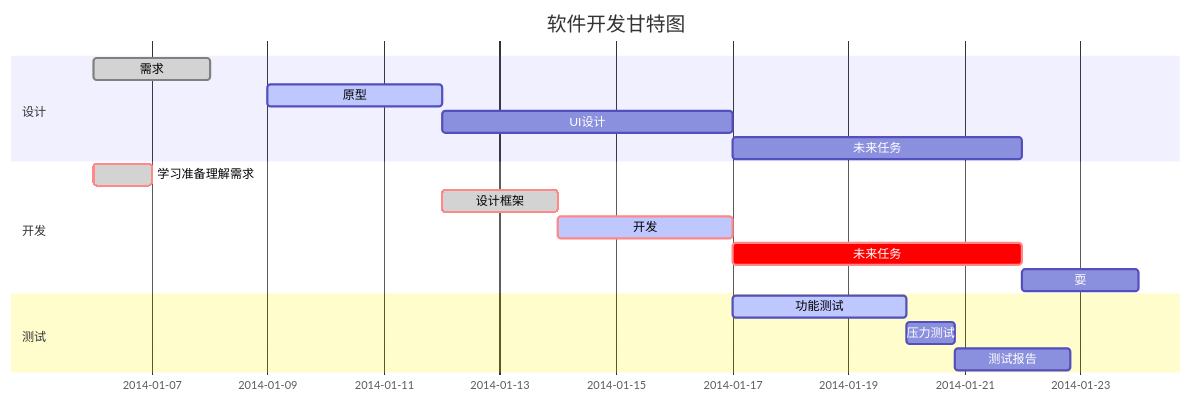
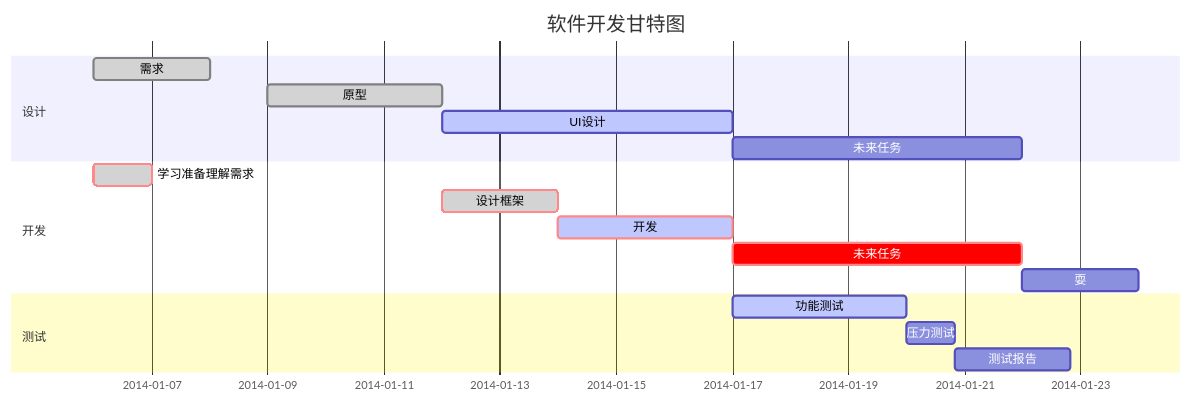
The third of 3 diagrams in markdown.md (chen810/study-code), drawn with Mermaid before and after one commit. The commit also changed other lines of this file, not shown here.

Commit message:
mk modify

````diff
--- a/markdown.md
+++ b/markdown.md
@@ -204,20 +204,20 @@
 ```mermaid
         gantt
         dateFormat  YYYY-MM-DD
         title 软件开发甘特图
         section 设计
-        需求                      :done,    des1, 2014-01-06,2014-01-08
-        原型                      :active,  des2, 2014-01-09, 3d
-        UI设计                     :         des3, after des2, 5d
-    未来任务                     :         des4, after des3, 5d
+        需求         :done,     des1,   2014-01-06,2014-01-08
+        原型         :done,     des2,   2014-01-09, 3d
+        UI设计       :active,   des3,   after des2, 5d
+        未来任务      :         des4,   after des3, 5d
         section 开发
-        学习准备理解需求                      :crit, done, 2014-01-06,24h
-        设计框架                             :crit, done, after des2, 2d
-        开发                                 :crit, active, 3d
-        未来任务                              :crit, 5d
-        耍                                   :2d
+        学习准备理解需求    :crit, done, 2014-01-06,24h
+        设计框架           :crit, done, after des2, 2d
+        开发               :crit, active, 3d
+        未来任务           :crit, 5d
+        耍                 :2d
         section 测试
-        功能测试                              :active, a1, after des3, 3d
-        压力测试                               :after a1  , 20h
-        测试报告                               : 48h
+        功能测试            :active, a1, after des3, 3d
+        压力测试            :after a1  , 20h
+        测试报告            : 48h
 ```
````
